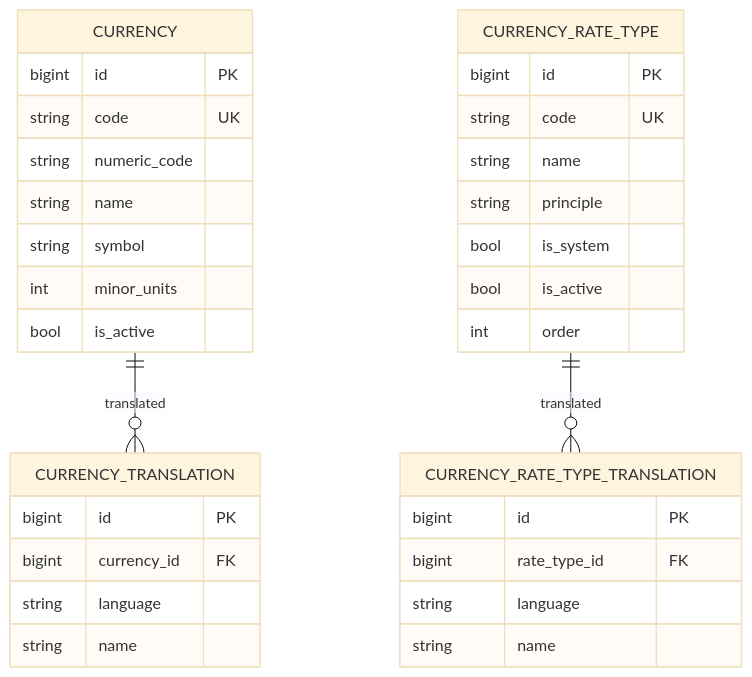
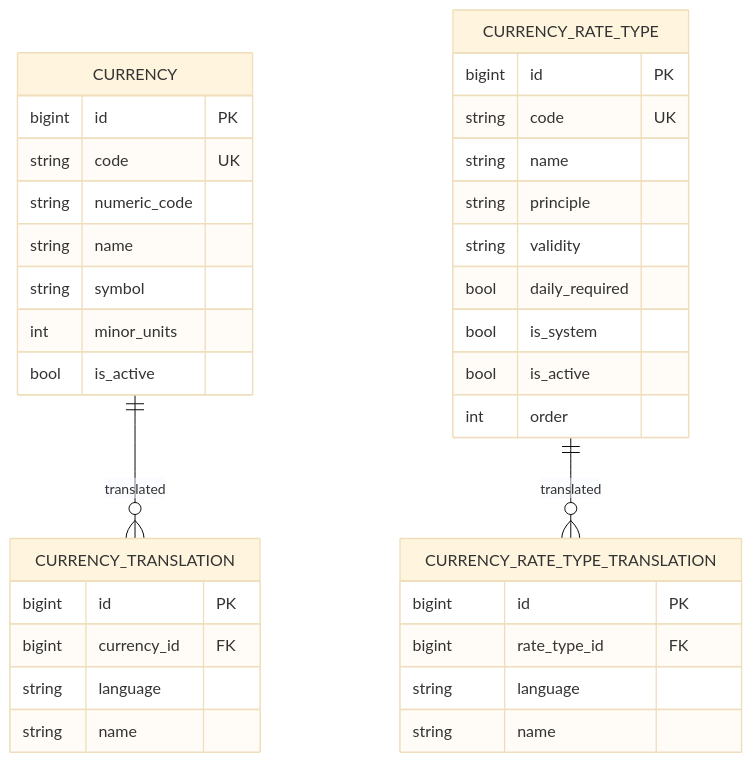
Before and after one commit to const-neshumaev/bank-cash-ops: the diagram in docs/architecture-module-references.md, drawn with Mermaid (base theme). The commit also changed other lines of this file and 64 other files, not shown here.

````diff
--- a/docs/architecture-module-references.md
+++ b/docs/architecture-module-references.md
@@ -32,35 +36,37 @@
 ```mermaid
 erDiagram
     CURRENCY {
         bigint id PK
         string code UK
         string numeric_code
         string name
         string symbol
         int minor_units
         bool is_active
     }
     CURRENCY_TRANSLATION {
         bigint id PK
         bigint currency_id FK
         string language
         string name
     }
     CURRENCY_RATE_TYPE {
         bigint id PK
         string code UK
         string name
         string principle
+        string validity
+        bool daily_required
         bool is_system
         bool is_active
         int order
     }
     CURRENCY_RATE_TYPE_TRANSLATION {
         bigint id PK
         bigint rate_type_id FK
         string language
         string name
     }
     CURRENCY ||--o{ CURRENCY_TRANSLATION : translated
     CURRENCY_RATE_TYPE ||--o{ CURRENCY_RATE_TYPE_TRANSLATION : translated
 ```
````
